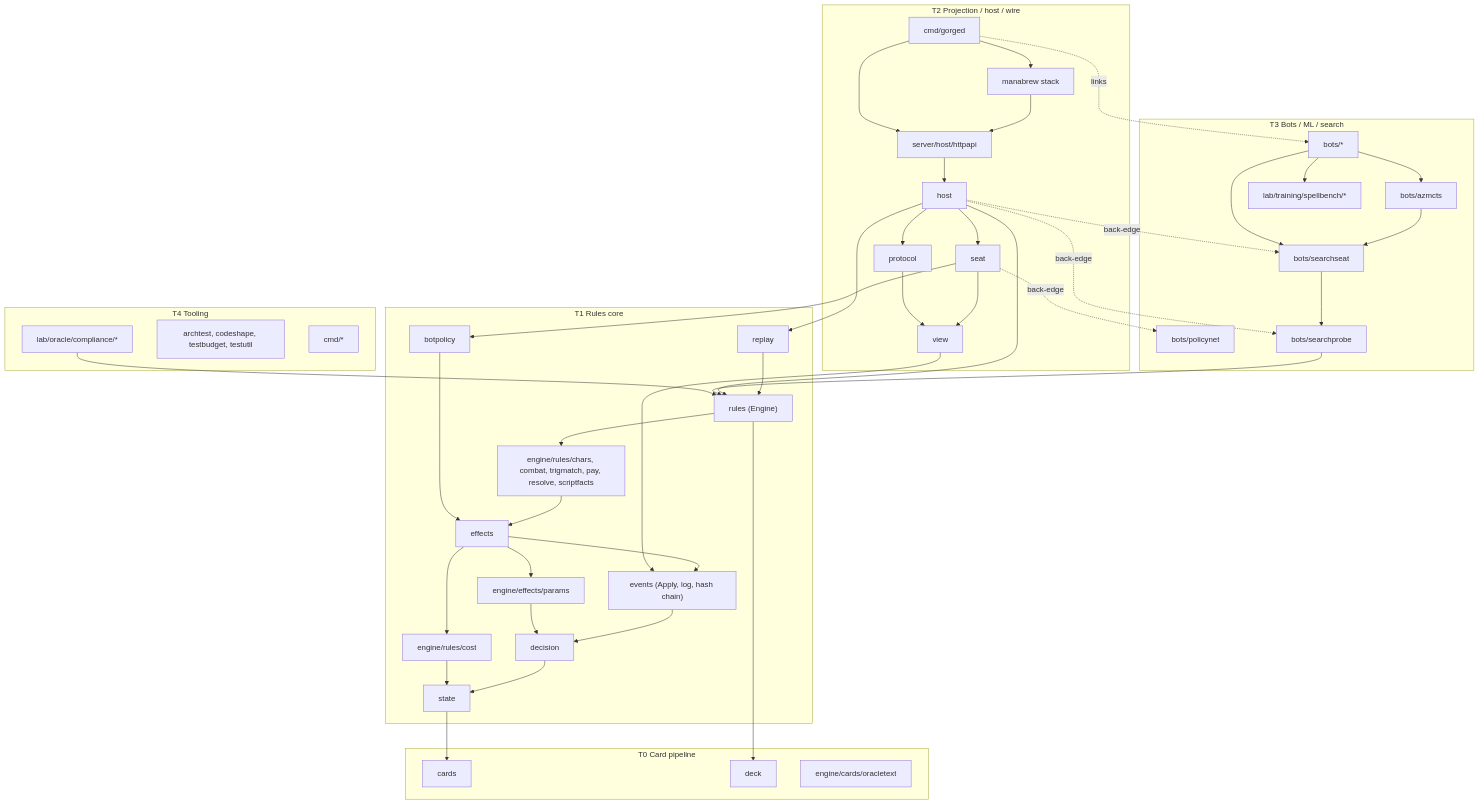
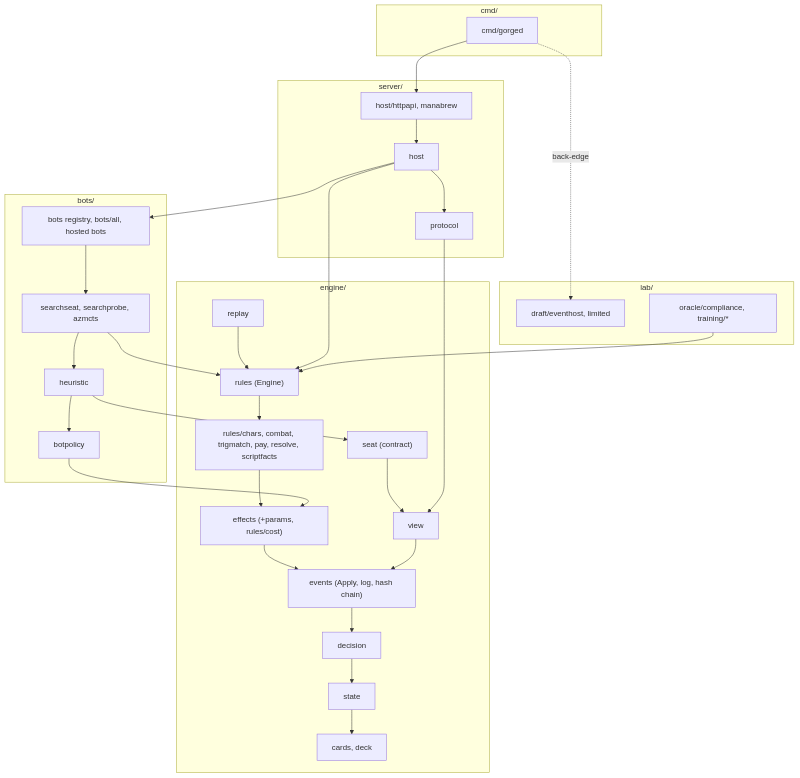
One commit to WillWroble/gorge changed the diagram in docs/site/architecture/overview.md. Above: the diagram before and after it, drawn with Mermaid. The commit also changed other lines of this file and 415 other files, not shown here.

````diff
--- a/docs/site/architecture/overview.md
+++ b/docs/site/architecture/overview.md
@@ -37,56 +43,38 @@
 ```mermaid
 flowchart TB
-  subgraph T0["T0 Card pipeline"]
-    cards["cards"]
-    deck["deck"]
-    oracletext["engine/cards/oracletext"]
-  end
-  subgraph T1["T1 Rules core"]
+  subgraph E["engine/"]
+    cards["cards, deck"]
     state["state"] --> cards
     decision["decision"] --> state
     events["events (Apply, log, hash chain)"] --> decision
-    params["engine/effects/params"] --> decision
-    cost["engine/rules/cost"] --> state
-    effects["effects"] --> events
-    effects --> cost
-    effects --> params
-    sub["engine/rules/chars, combat, trigmatch, pay, resolve, scriptfacts"] --> effects
+    effects["effects (+params, rules/cost)"] --> events
+    sub["rules/chars, combat, trigmatch, pay, resolve, scriptfacts"] --> effects
     rules["rules (Engine)"] --> sub
-    rules --> deck
     replay["replay"] --> rules
+    view["view"] --> events
+    seat["seat (contract)"] --> view
+  end
+  subgraph B["bots/"]
     botpolicy["botpolicy"] --> effects
+    heuristic["heuristic"] --> botpolicy
+    heuristic --> seat
+    searchseat["searchseat, searchprobe, azmcts"] --> rules
+    searchseat --> heuristic
+    registry["bots registry, bots/all, hosted bots"] --> searchseat
   end
-  subgraph T2["T2 Projection / host / wire"]
-    view["view"] --> events
-    seat["seat"] --> view
-    seat --> botpolicy
+  subgraph S["server/"]
     protocol["protocol"] --> view
     host["host"] --> rules
-    host --> seat
-    host --> replay
+    host --> registry
     host --> protocol
-    httpapi["server/host/httpapi"] --> host
-    mb["manabrew stack"] --> httpapi
+    httpapi["host/httpapi, manabrew"] --> host
+  end
+  subgraph C["cmd/"]
     gorged["cmd/gorged"] --> httpapi
-    gorged --> mb
   end
-  subgraph T3["T3 Bots / ML / search"]
-    policynet["bots/policynet"]
-    searchprobe["bots/searchprobe"] --> rules
-    searchseat["bots/searchseat"] --> searchprobe
-    azmcts["bots/azmcts"] --> searchseat
-    sbx["lab/training/spellbench/*"]
-    bots["bots/*"] --> searchseat
-    bots --> sbx
-    bots --> azmcts
+  subgraph L["lab/"]
+    draft["draft/eventhost, limited"]
+    oracle["oracle/compliance, training/*"] --> rules
   end
-  subgraph T4["T4 Tooling"]
-    compliance["lab/oracle/compliance/*"] --> rules
-    archtest["archtest, codeshape, testbudget, testutil"]
-    cmds["cmd/*"]
-  end
-  seat -. back-edge .-> policynet
-  host -. back-edge .-> searchseat
-  host -. back-edge .-> searchprobe
-  gorged -. links .-> bots
+  gorged -. back-edge .-> draft
 ```
````
